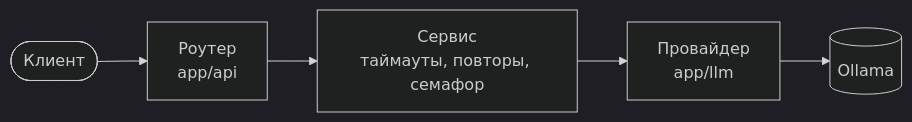
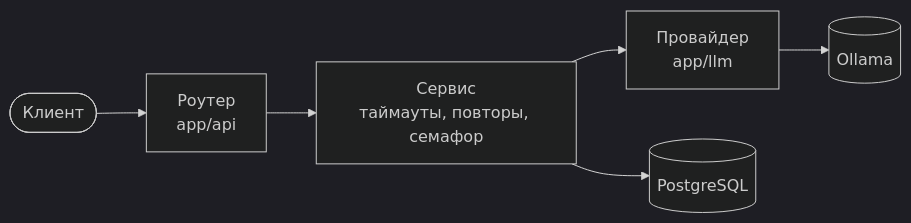
The diagram in README.md (DelixeamI/llm-chat-api), drawn with Mermaid (dark theme) before and after one commit. The commit also changed other lines of this file and 1 other file, not shown here.

First line of the commit message:
docs: схема базы и итоги недели 3

````diff
--- a/README.md
+++ b/README.md
@@ -65,7 +73,8 @@
 ```mermaid
 flowchart LR
     client([Клиент]) --> router[Роутер<br/>app/api]
     router --> service[Сервис<br/>таймауты, повторы, семафор]
     service --> provider[Провайдер<br/>app/llm]
     provider --> ollama[(Ollama)]
+    service --> db[(PostgreSQL)]
 ```
````
